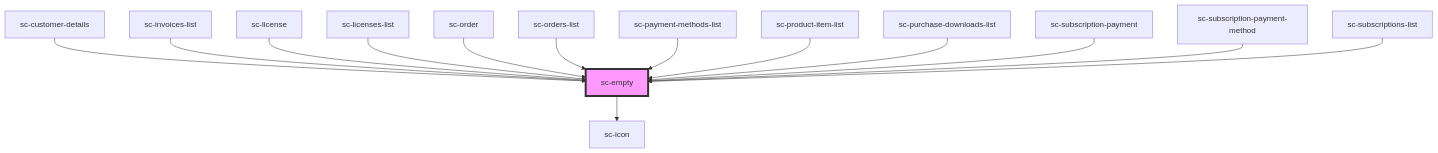
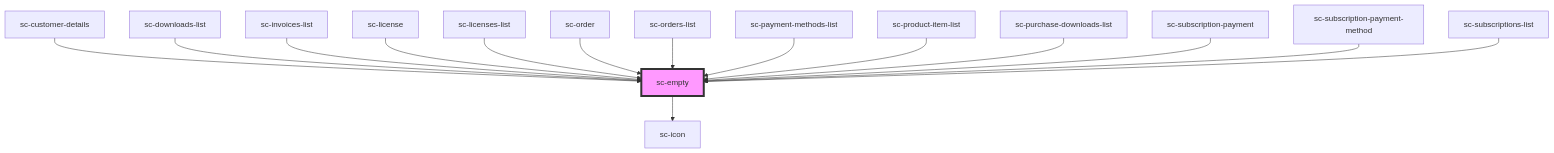
One commit to surecart/surecart-wp-plugin changed the diagram in packages/components/src/components/ui/empty/readme.md. Above: the diagram before and after it, drawn with Mermaid. The commit also changed other lines of this file and 22 other files, not shown here.

````diff
--- a/packages/components/src/components/ui/empty/readme.md
+++ b/packages/components/src/components/ui/empty/readme.md
@@ -45,17 +46,18 @@
 ```mermaid
 graph TD;
   sc-empty --> sc-icon
   sc-customer-details --> sc-empty
+  sc-downloads-list --> sc-empty
   sc-invoices-list --> sc-empty
   sc-license --> sc-empty
   sc-licenses-list --> sc-empty
   sc-order --> sc-empty
   sc-orders-list --> sc-empty
   sc-payment-methods-list --> sc-empty
   sc-product-item-list --> sc-empty
   sc-purchase-downloads-list --> sc-empty
   sc-subscription-payment --> sc-empty
   sc-subscription-payment-method --> sc-empty
   sc-subscriptions-list --> sc-empty
   style sc-empty fill:#f9f,stroke:#333,stroke-width:4px
 ```
````
